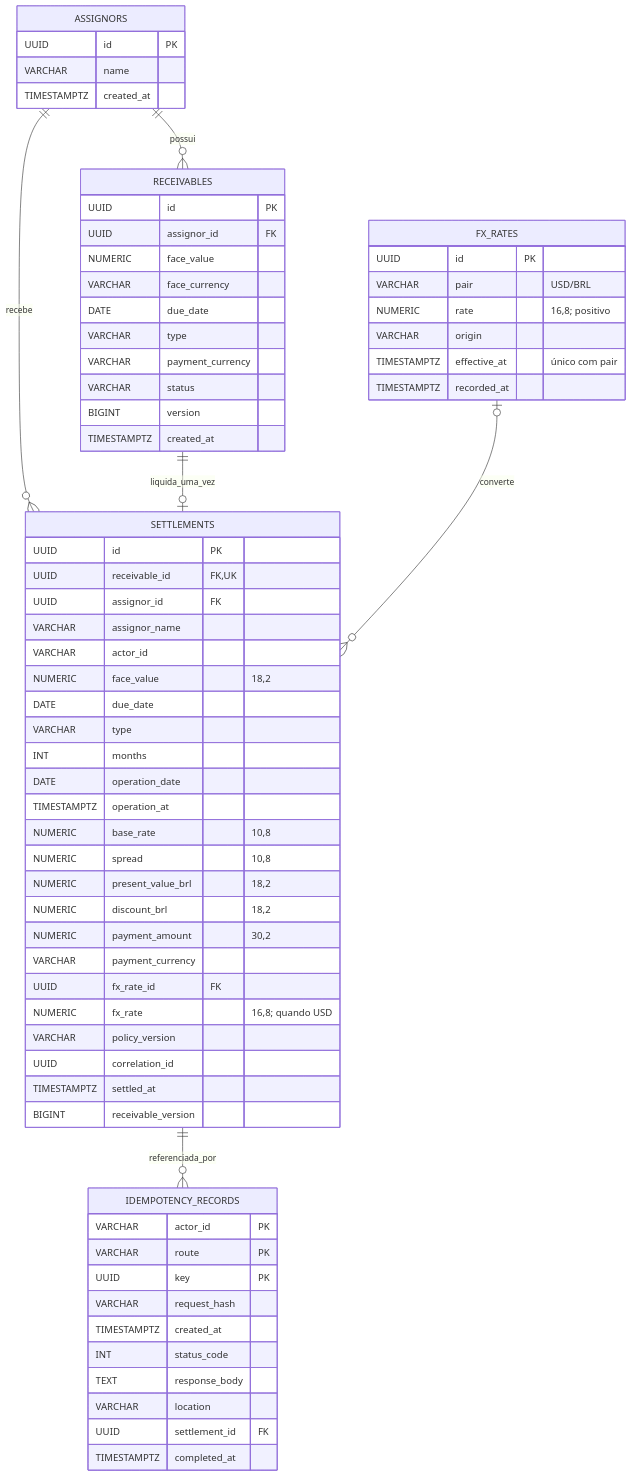
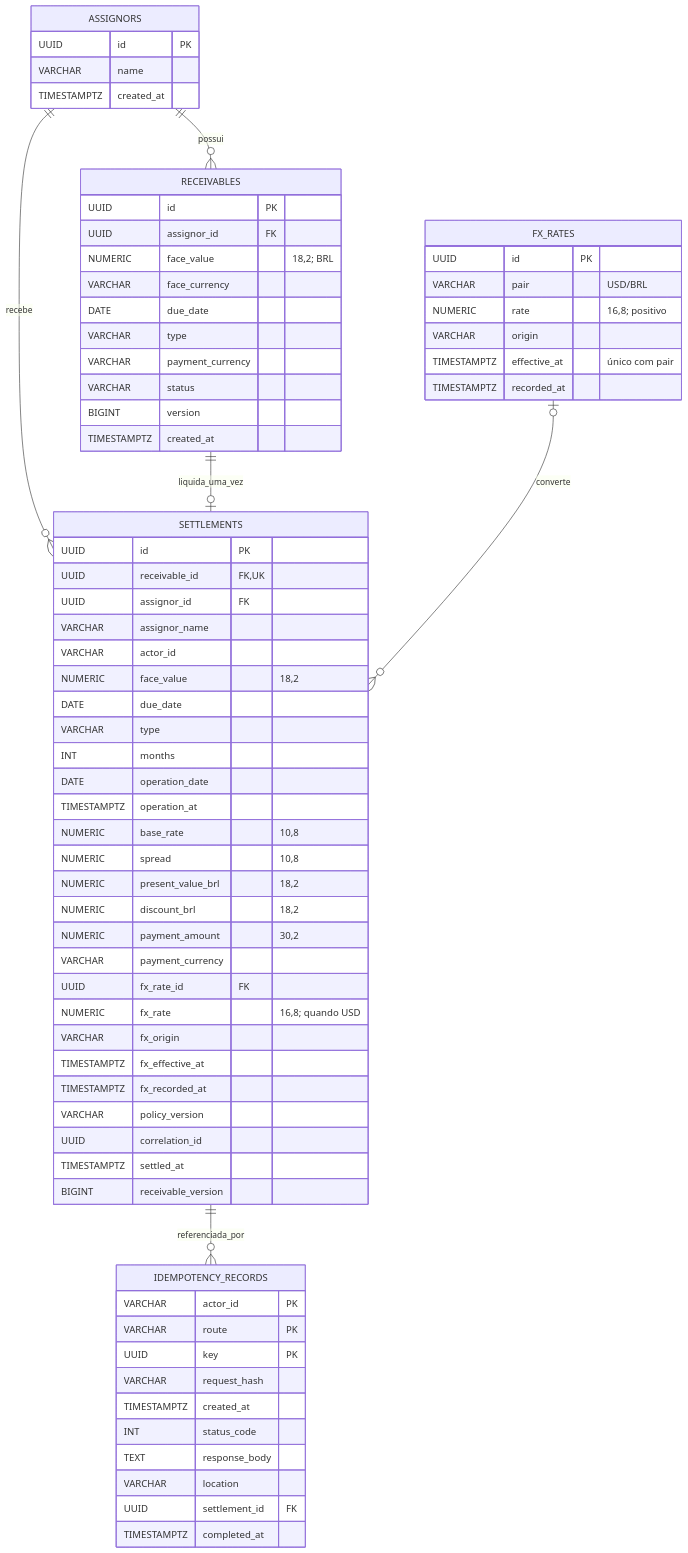
One commit to rodsussumu/srm-asset-test changed the diagram in docs/er.md. Above: the diagram before and after it, drawn with Mermaid. The commit also changed other lines of this file and 43 other files, not shown here.

````diff
--- a/docs/er.md
+++ b/docs/er.md
@@ -5,70 +5,73 @@
 ```mermaid
 erDiagram
     ASSIGNORS ||--o{ RECEIVABLES : possui
     ASSIGNORS ||--o{ SETTLEMENTS : recebe
     RECEIVABLES ||--o| SETTLEMENTS : liquida_uma_vez
     FX_RATES o|--o{ SETTLEMENTS : converte
     SETTLEMENTS ||--o{ IDEMPOTENCY_RECORDS : referenciada_por
     ASSIGNORS {
         UUID id PK
         VARCHAR name
         TIMESTAMPTZ created_at
     }
     RECEIVABLES {
         UUID id PK
         UUID assignor_id FK
-        NUMERIC face_value
+        NUMERIC face_value "18,2; BRL"
         VARCHAR face_currency
         DATE due_date
         VARCHAR type
         VARCHAR payment_currency
         VARCHAR status
         BIGINT version
         TIMESTAMPTZ created_at
     }
     FX_RATES {
         UUID id PK
         VARCHAR pair "USD/BRL"
         NUMERIC rate "16,8; positivo"
         VARCHAR origin
         TIMESTAMPTZ effective_at "único com pair"
         TIMESTAMPTZ recorded_at
     }
     SETTLEMENTS {
         UUID id PK
         UUID receivable_id FK,UK
         UUID assignor_id FK
         VARCHAR assignor_name
         VARCHAR actor_id
         NUMERIC face_value "18,2"
         DATE due_date
         VARCHAR type
         INT months
         DATE operation_date
         TIMESTAMPTZ operation_at
         NUMERIC base_rate "10,8"
         NUMERIC spread "10,8"
         NUMERIC present_value_brl "18,2"
         NUMERIC discount_brl "18,2"
         NUMERIC payment_amount "30,2"
         VARCHAR payment_currency
         UUID fx_rate_id FK
         NUMERIC fx_rate "16,8; quando USD"
+        VARCHAR fx_origin
+        TIMESTAMPTZ fx_effective_at
+        TIMESTAMPTZ fx_recorded_at
         VARCHAR policy_version
         UUID correlation_id
         TIMESTAMPTZ settled_at
         BIGINT receivable_version
     }
     IDEMPOTENCY_RECORDS {
         VARCHAR actor_id PK
         VARCHAR route PK
         UUID key PK
         VARCHAR request_hash
         TIMESTAMPTZ created_at
         INT status_code
         TEXT response_body
         VARCHAR location
         UUID settlement_id FK
         TIMESTAMPTZ completed_at
     }
 ```
````
